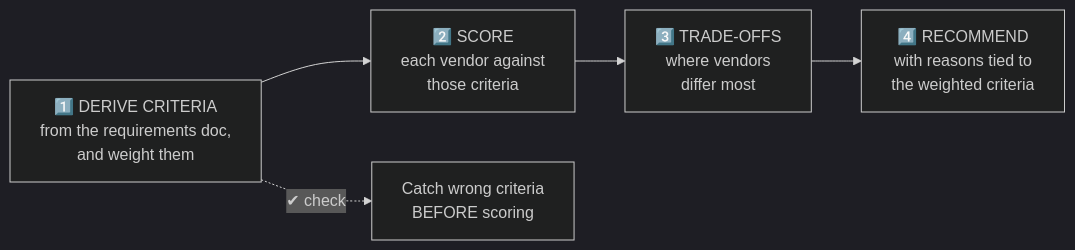
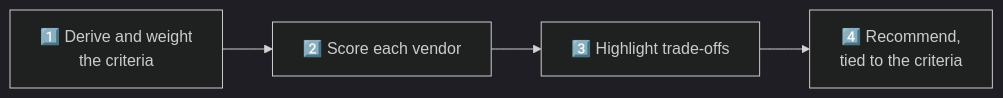
One commit to saurabhSMS1987/Public_Learning-DE-DS-ML-AI changed the third of 5 diagrams in 008 CCAO- F Certification Prep/Module-2-Prompting-and-Task-Execution.md. Above: the diagram before and after it, drawn with Mermaid (dark theme). The commit also changed other lines of this file and 1 other file, not shown here.

````diff
--- a/008 CCAO- F Certification Prep/Module-2-Prompting-and-Task-Execution.md
+++ b/008 CCAO- F Certification Prep/Module-2-Prompting-and-Task-Execution.md
@@ -169,7 +82,4 @@
 ```mermaid
 flowchart LR
-    S1["1️⃣ DERIVE CRITERIA<br/>from the requirements doc,<br/>and weight them"] --> S2["2️⃣ SCORE<br/>each vendor against<br/>those criteria"]
-    S2 --> S3["3️⃣ TRADE-OFFS<br/>where vendors<br/>differ most"]
-    S3 --> S4["4️⃣ RECOMMEND<br/>with reasons tied to<br/>the weighted criteria"]
-    S1 -. "✔ check" .-> C1["Catch wrong criteria<br/>BEFORE scoring"]
+    S1["1️⃣ Derive and weight<br/>the criteria"] --> S2["2️⃣ Score each vendor"] --> S3["3️⃣ Highlight trade-offs"] --> S4["4️⃣ Recommend,<br/>tied to the criteria"]
 ```
````
